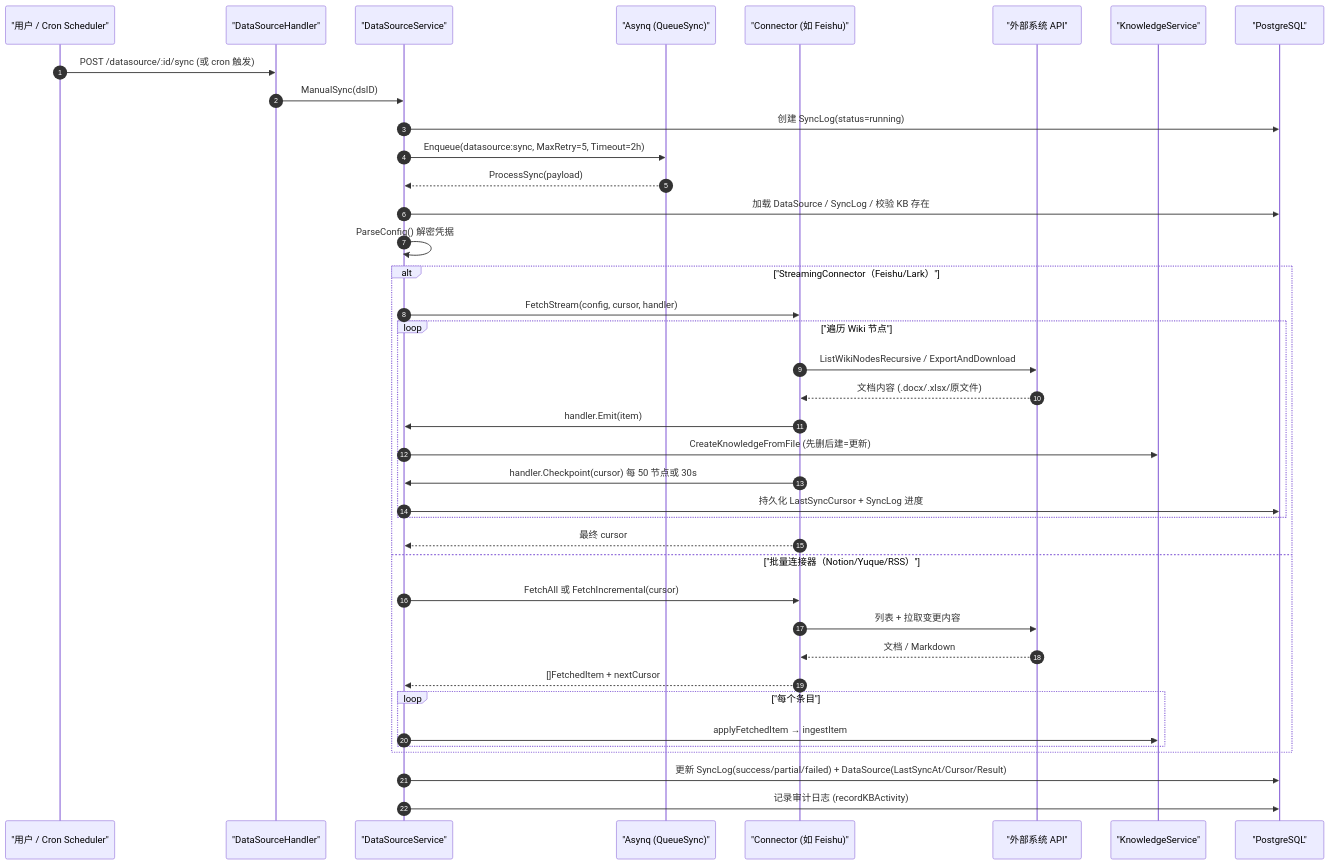
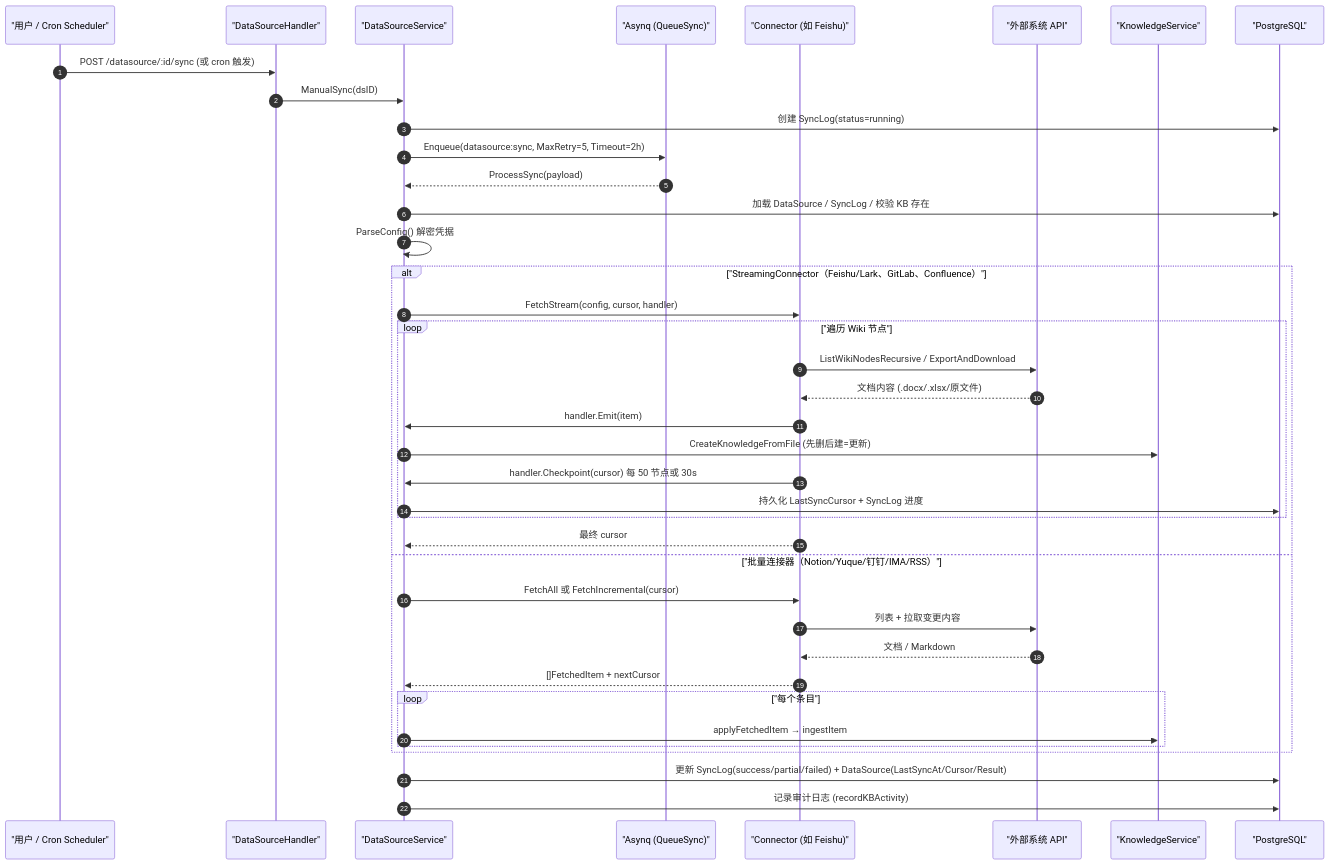
One commit to Asoclaw/weknora-personal changed the second of 2 diagrams in website-docs/03-features/10-datasource.md. Above: the diagram before and after it, drawn with Mermaid. The commit also changed other lines of this file and 2529 other files, not shown here.

````diff
--- a/website-docs/03-features/10-datasource.md
+++ b/website-docs/03-features/10-datasource.md
@@ -183,42 +234,42 @@
 ```mermaid
 sequenceDiagram
     autonumber
     participant U as "用户 / Cron Scheduler"
     participant H as "DataSourceHandler"
     participant S as "DataSourceService"
     participant Q as "Asynq (QueueSync)"
     participant C as "Connector (如 Feishu)"
     participant EXT as "外部系统 API"
     participant K as "KnowledgeService"
     participant DB as "PostgreSQL"
 
     U->>H: POST /datasource/:id/sync (或 cron 触发)
     H->>S: ManualSync(dsID)
     S->>DB: 创建 SyncLog(status=running)
     S->>Q: Enqueue(datasource:sync, MaxRetry=5, Timeout=2h)
     Q-->>S: ProcessSync(payload)
     S->>DB: 加载 DataSource / SyncLog / 校验 KB 存在
     S->>S: ParseConfig() 解密凭据
-    alt "StreamingConnector（Feishu/Lark）"
+    alt "StreamingConnector（Feishu/Lark、GitLab、Confluence）"
         S->>C: FetchStream(config, cursor, handler)
         loop "遍历 Wiki 节点"
             C->>EXT: ListWikiNodesRecursive / ExportAndDownload
             EXT-->>C: 文档内容 (.docx/.xlsx/原文件)
             C->>S: handler.Emit(item)
             S->>K: CreateKnowledgeFromFile (先删后建=更新)
             C->>S: handler.Checkpoint(cursor) 每 50 节点或 30s
             S->>DB: 持久化 LastSyncCursor + SyncLog 进度
         end
         C-->>S: 最终 cursor
-    else "批量连接器（Notion/Yuque/RSS）"
+    else "批量连接器（Notion/Yuque/钉钉/IMA/RSS）"
         S->>C: FetchAll 或 FetchIncremental(cursor)
         C->>EXT: 列表 + 拉取变更内容
         EXT-->>C: 文档 / Markdown
         C-->>S: []FetchedItem + nextCursor
         loop "每个条目"
             S->>K: applyFetchedItem → ingestItem
         end
     end
     S->>DB: 更新 SyncLog(success/partial/failed) + DataSource(LastSyncAt/Cursor/Result)
     S->>DB: 记录审计日志 (recordKBActivity)
 ```
````
